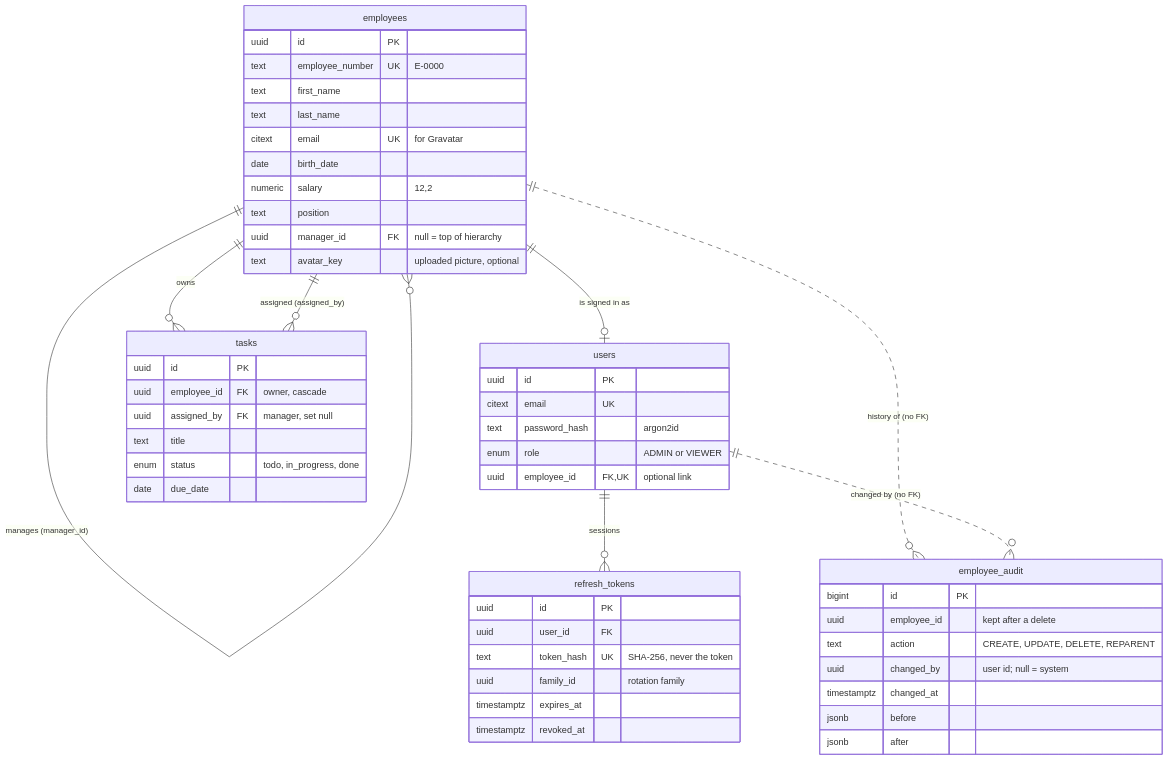
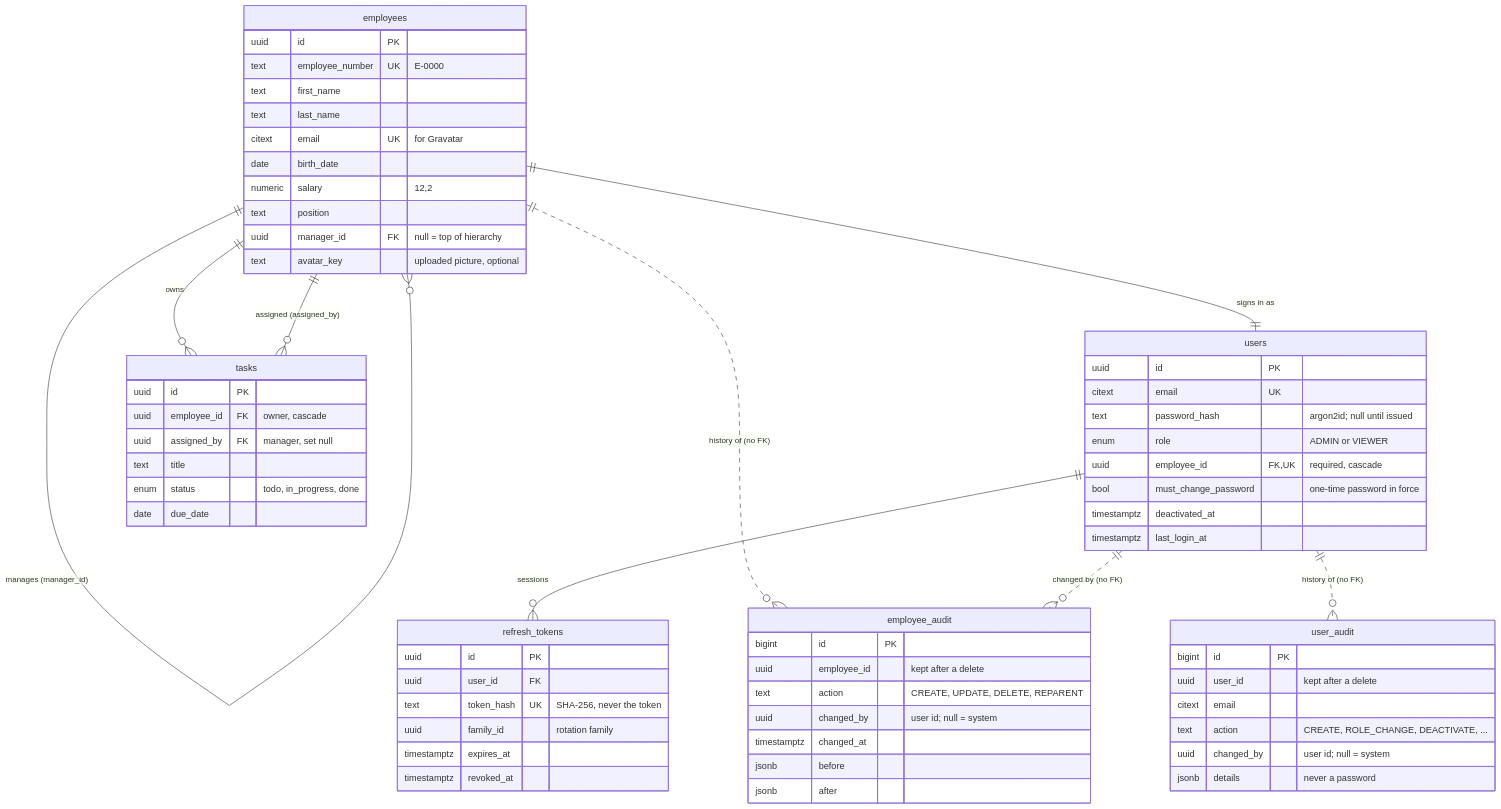
The fourth of 11 diagrams in docs/diagrams.md (Wave2055/EPIUSE-Technical-Assessment), drawn with Mermaid before and after one commit. The commit also changed other lines of this file and 5 other files, not shown here.

Commit message:
Document accounts: user guide, requirements, stories, technical document and diagrams

````diff
--- a/docs/diagrams.md
+++ b/docs/diagrams.md
@@ -108,55 +109,67 @@
 ```mermaid
 erDiagram
   employees ||--o{ employees : "manages (manager_id)"
-  employees ||--o| users : "is signed in as"
+  employees ||--|| users : "signs in as"
   employees ||--o{ tasks : "owns"
   employees ||--o{ tasks : "assigned (assigned_by)"
   employees ||..o{ employee_audit : "history of (no FK)"
   users ||--o{ refresh_tokens : "sessions"
   users ||..o{ employee_audit : "changed by (no FK)"
+  users ||..o{ user_audit : "history of (no FK)"
 
   employees {
     uuid id PK
     text employee_number UK "E-0000"
     text first_name
     text last_name
     citext email UK "for Gravatar"
     date birth_date
     numeric salary "12,2"
     text position
     uuid manager_id FK "null = top of hierarchy"
     text avatar_key "uploaded picture, optional"
   }
   users {
     uuid id PK
     citext email UK
-    text password_hash "argon2id"
+    text password_hash "argon2id; null until issued"
     enum role "ADMIN or VIEWER"
-    uuid employee_id FK, UK "optional link"
+    uuid employee_id FK, UK "required, cascade"
+    bool must_change_password "one-time password in force"
+    timestamptz deactivated_at
+    timestamptz last_login_at
+  }
+  user_audit {
+    bigint id PK
+    uuid user_id "kept after a delete"
+    citext email
+    text action "CREATE, ROLE_CHANGE, DEACTIVATE, ..."
+    uuid changed_by "user id; null = system"
+    jsonb details "never a password"
   }
   refresh_tokens {
     uuid id PK
     uuid user_id FK
     text token_hash UK "SHA-256, never the token"
     uuid family_id "rotation family"
     timestamptz expires_at
     timestamptz revoked_at
   }
   employee_audit {
     bigint id PK
     uuid employee_id "kept after a delete"
     text action "CREATE, UPDATE, DELETE, REPARENT"
     uuid changed_by "user id; null = system"
     timestamptz changed_at
     jsonb before
     jsonb after
   }
   tasks {
     uuid id PK
     uuid employee_id FK "owner, cascade"
     uuid assigned_by FK "manager, set null"
     text title
     enum status "todo, in_progress, done"
     date due_date
   }
 ```
````
